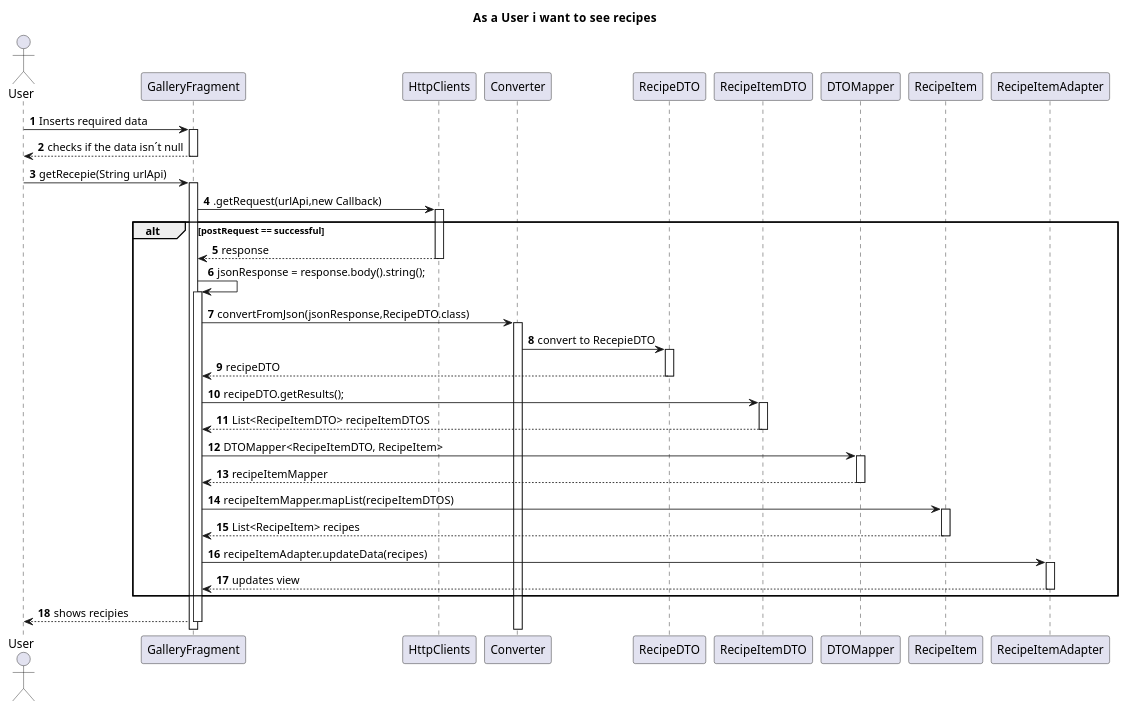
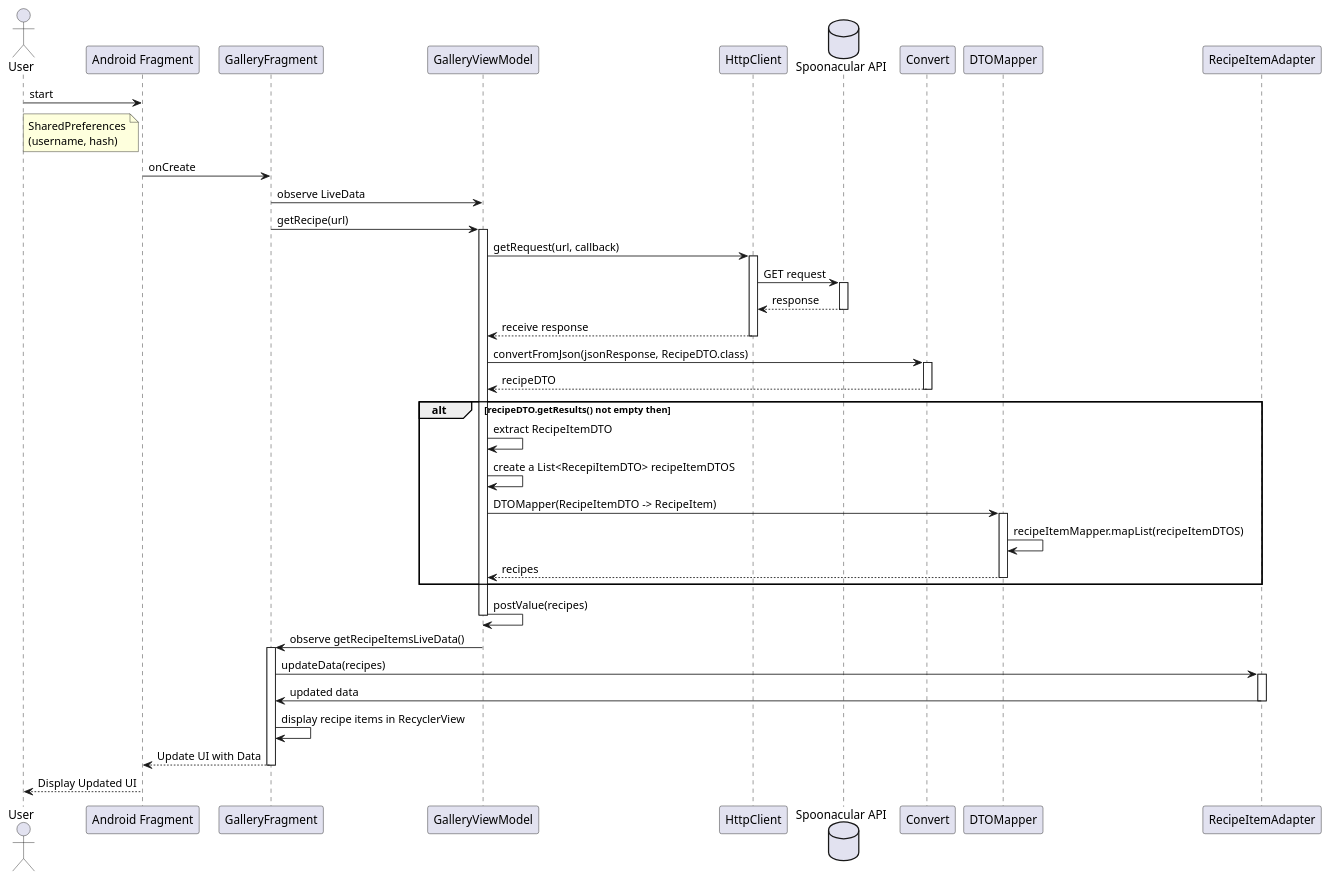
One commit to IsepMartimOliveira/DSSMV_ProjectDroid_1181754 changed the diagram in Documents/US/US02/SD.puml. Above: the diagram before and after it, drawn with PlantUML. The commit also changed 7 other files, not shown here.

```diff
--- a/Documents/US/US02/SD.puml
+++ b/Documents/US/US02/SD.puml
@@ -1,42 +1,54 @@
 @startuml
-autoactivate on
-autonumber
-title As a User i want to see   recipes
-autonumber
-actor "User" as US
-participant GalleryFragment as RP
-participant HttpClients as HTTP
-participant "Converter" as CV
+actor User as User
+participant "Android Fragment" as Fragment
 
-participant "RecipeDTO" as  DTO
-participant "RecipeItemDTO" as DTO2
+participant "GalleryFragment" as GalleryFragment
+participant "GalleryViewModel" as GalleryViewModel
+participant "HttpClient" as HttpClient
+database "Spoonacular API" as Server
+participant "Convert" as Convert
+participant "DTOMapper" as DTOMapper
+participant "RecipeItemAdapter" as RecipeItemAdapter
+User->Fragment:start
+Note left of Fragment: SharedPreferences\n(username, hash)
+Fragment->GalleryFragment: onCreate
+GalleryFragment -> GalleryViewModel: observe LiveData
+GalleryFragment -> GalleryViewModel: getRecipe(url)
+activate GalleryViewModel
+GalleryViewModel -> HttpClient: getRequest(url, callback)
+activate HttpClient
+HttpClient -> Server: GET request
+activate Server
+Server --> HttpClient: response
+deactivate Server
+HttpClient --> GalleryViewModel: receive response
+deactivate HttpClient
+GalleryViewModel -> Convert: convertFromJson(jsonResponse, RecipeDTO.class)
+activate Convert
+Convert --> GalleryViewModel: recipeDTO
+deactivate Convert
 
-participant DTOMapper as Mapper
+alt recipeDTO.getResults() not empty then
+    GalleryViewModel -> GalleryViewModel: extract RecipeItemDTO
+    GalleryViewModel -> GalleryViewModel: create a List<RecepiItemDTO> recipeItemDTOS
 
-participant "RecipeItem" as User
-participant RecipeItemAdapter as SP
+    GalleryViewModel -> DTOMapper:DTOMapper(RecipeItemDTO -> RecipeItem)
 
-US->RP:Inserts required data
-RP-->US:checks if the data isn´t null
-US->RP:getRecepie(String urlApi)
-
-RP->HTTP:.getRequest(urlApi,new Callback)
-alt postRequest == successful
-HTTP-->RP:response
-RP->RP:jsonResponse = response.body().string();
-RP->CV:convertFromJson(jsonResponse,RecipeDTO.class)
-CV->DTO:convert to RecepieDTO
-DTO-->RP:recipeDTO
-RP->DTO2:recipeDTO.getResults();
-DTO2-->RP: List<RecipeItemDTO> recipeItemDTOS
-RP->Mapper: DTOMapper<RecipeItemDTO, RecipeItem>
-Mapper-->RP:recipeItemMapper
-RP->User:recipeItemMapper.mapList(recipeItemDTOS)
-User-->RP:List<RecipeItem> recipes
-RP->SP:recipeItemAdapter.updateData(recipes)
-SP-->RP:updates view
+    activate DTOMapper
+    DTOMapper -> DTOMapper: recipeItemMapper.mapList(recipeItemDTOS)
+    DTOMapper-->GalleryViewModel:recipes
+deactivate DTOMapper
 end
-RP-->US:shows recipies
-
-
+GalleryViewModel -> GalleryViewModel: postValue(recipes)
+deactivate GalleryViewModel
+GalleryViewModel -> GalleryFragment: observe getRecipeItemsLiveData()
+activate GalleryFragment
+GalleryFragment -> RecipeItemAdapter: updateData(recipes)
+activate RecipeItemAdapter
+RecipeItemAdapter -> GalleryFragment: updated data
+deactivate RecipeItemAdapter
+GalleryFragment -> GalleryFragment: display recipe items in RecyclerView
+GalleryFragment --> Fragment: Update UI with Data
+deactivate GalleryFragment
+Fragment --> User: Display Updated UI
 @enduml
```
